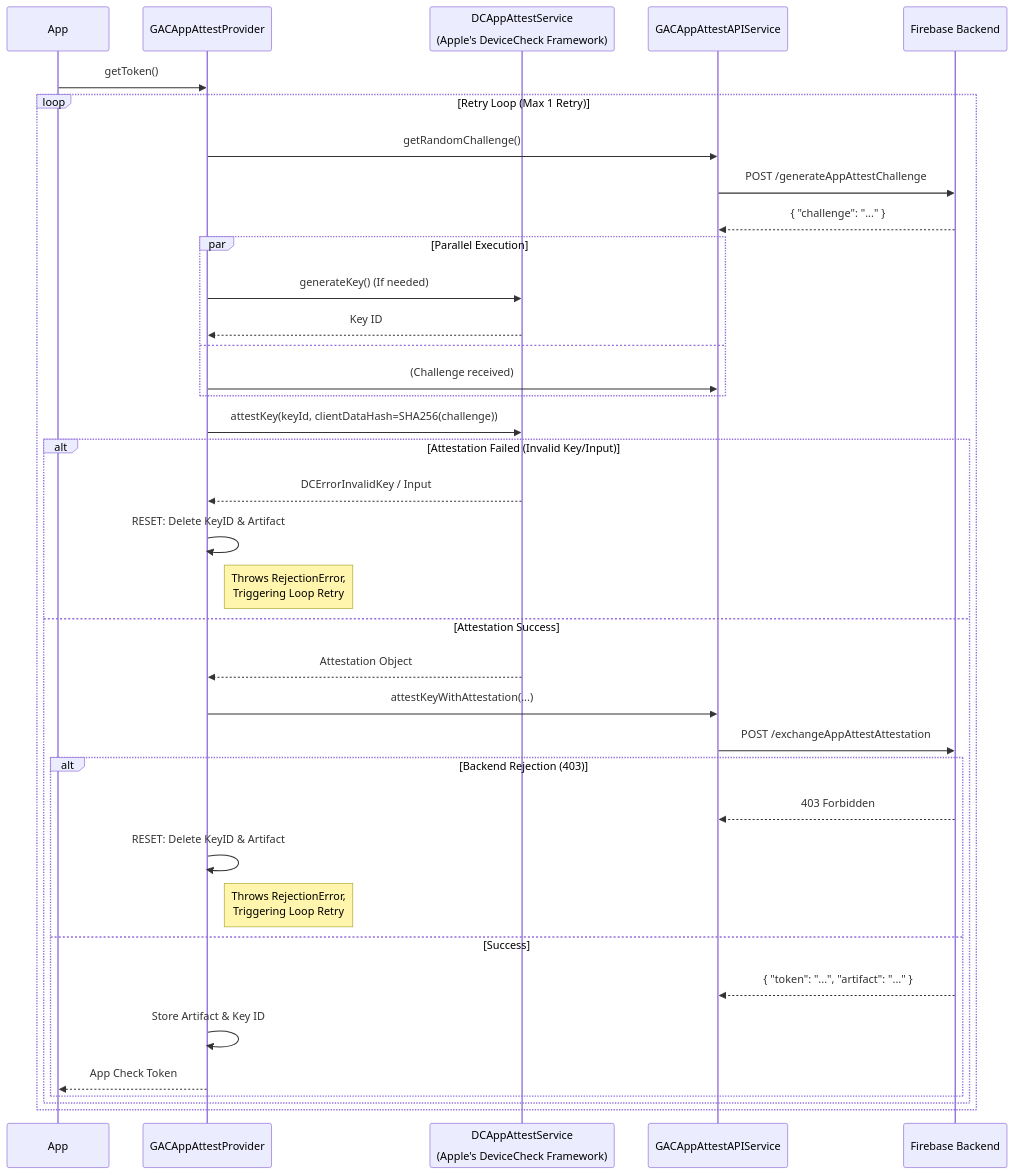
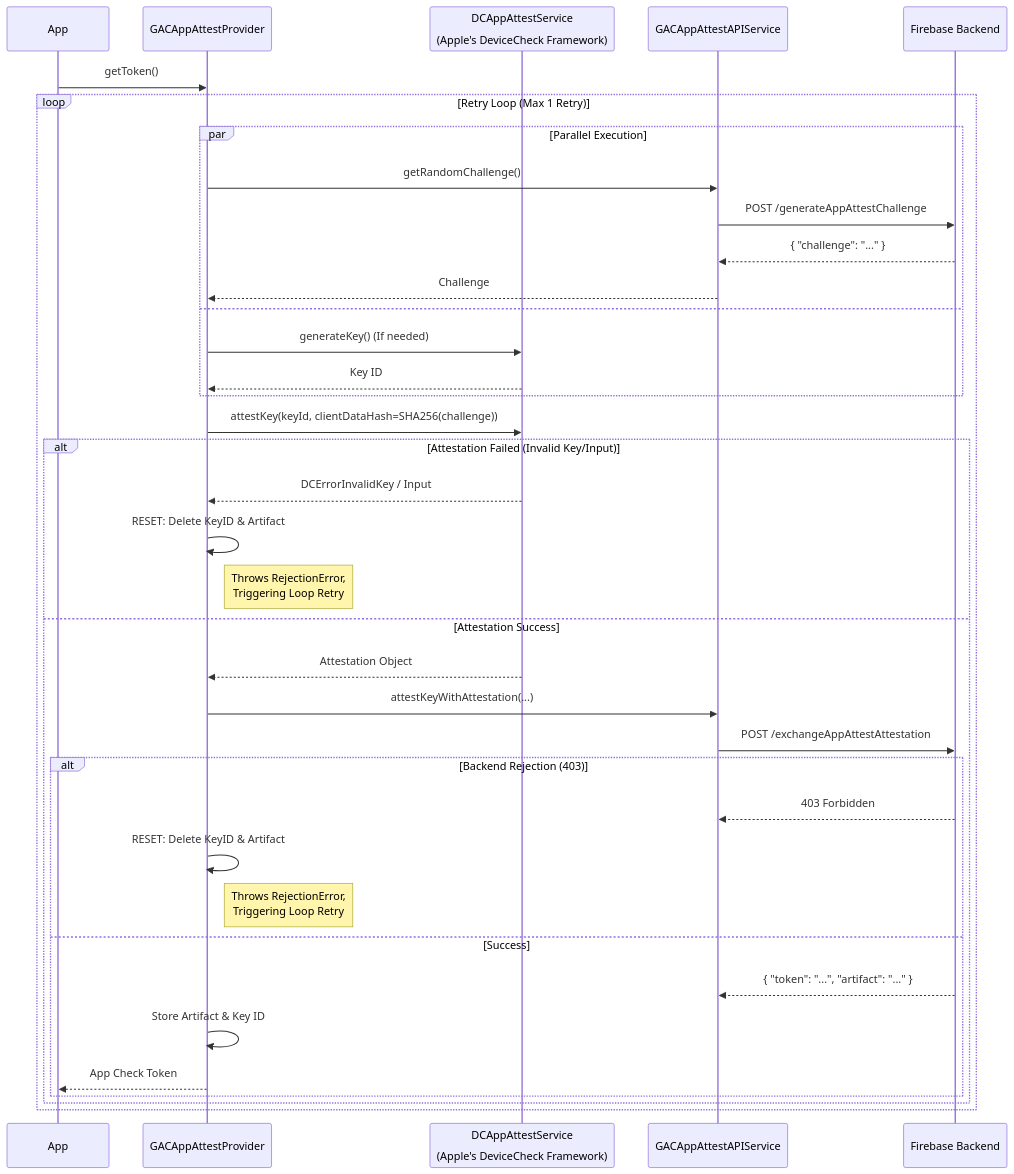
Before and after one commit to google/app-check: the first of 4 diagrams in docs/providers.md, drawn with Mermaid.

Commit message:
Feedback

````diff
--- a/docs/providers.md
+++ b/docs/providers.md
@@ -30,45 +30,44 @@
 ```mermaid
 sequenceDiagram
     participant App
     participant Provider as GACAppAttestProvider
     participant Apple as DCAppAttestService<br/><br/>(Apple's DeviceCheck Framework)
     participant API as GACAppAttestAPIService
     participant Backend as Firebase Backend
 
     App->>Provider: getToken()
     
     loop Retry Loop (Max 1 Retry)
-        Provider->>API: getRandomChallenge()
-        API->>Backend: POST /generateAppAttestChallenge
-        Backend-->>API: { "challenge": "..." }
-        
         par Parallel Execution
+            Provider->>API: getRandomChallenge()
+            API->>Backend: POST /generateAppAttestChallenge
+            Backend-->>API: { "challenge": "..." }
+            API-->>Provider: Challenge
+        and
             Provider->>Apple: generateKey() (If needed)
             Apple-->>Provider: Key ID
-        and
-            Provider->>API: (Challenge received)
         end
 
         Provider->>Apple: attestKey(keyId, clientDataHash=SHA256(challenge))
         
         alt Attestation Failed (Invalid Key/Input)
             Apple-->>Provider: DCErrorInvalidKey / Input
             Provider->>Provider: RESET: Delete KeyID & Artifact
             Note right of Provider: Throws RejectionError,<br/>Triggering Loop Retry
         else Attestation Success
             Apple-->>Provider: Attestation Object
             Provider->>API: attestKeyWithAttestation(...)
             API->>Backend: POST /exchangeAppAttestAttestation
             
             alt Backend Rejection (403)
                 Backend-->>API: 403 Forbidden
                 Provider->>Provider: RESET: Delete KeyID & Artifact
                 Note right of Provider: Throws RejectionError,<br/>Triggering Loop Retry
             else Success
                 Backend-->>API: { "token": "...", "artifact": "..." }
                 Provider->>Provider: Store Artifact & Key ID
                 Provider-->>App: App Check Token
             end
         end
     end
 ```
````
